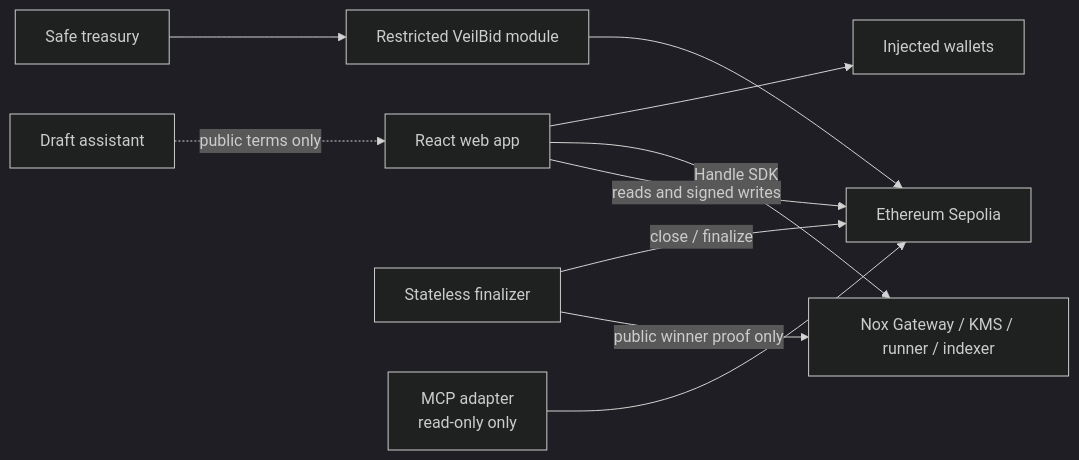
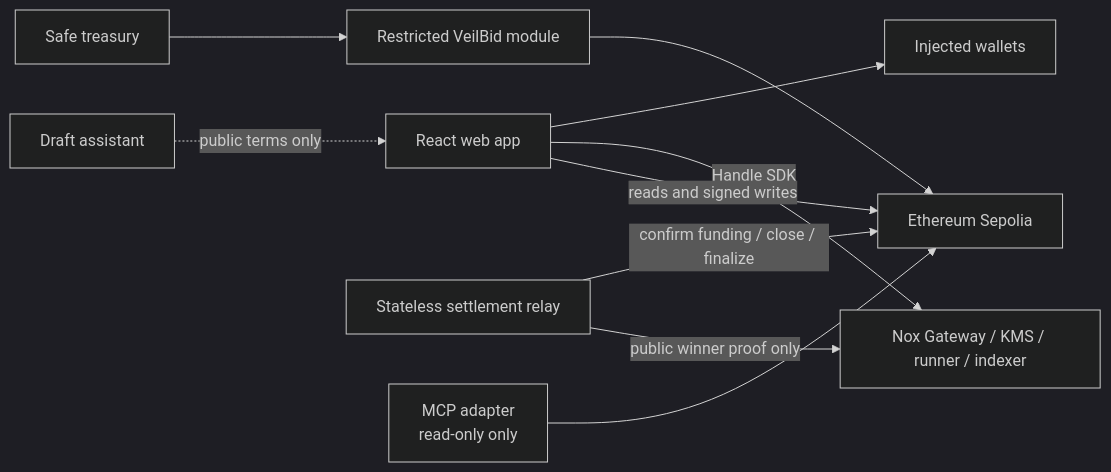
The first of 2 diagrams in docs/architecture.md (huutrungle2001/Veilbid), drawn with Mermaid (dark theme) before and after one commit. The commit also changed other lines of this file and 8 other files, not shown here.

Commit message:
docs: document Safe Buyer and settlement relay

````diff
--- a/docs/architecture.md
+++ b/docs/architecture.md
@@ -20,16 +20,16 @@
 ```mermaid
 flowchart LR
     Web["React web app"] --> Wallet["Injected wallets"]
     Web -->|Handle SDK| NoxServices["Nox Gateway / KMS / runner / indexer"]
     Web -->|reads and signed writes| Chain["Ethereum Sepolia"]
 
     Safe["Safe treasury"] --> Module["Restricted VeilBid module"]
     Module --> Chain
 
-    Finalizer["Stateless finalizer"] -->|close / finalize| Chain
+    Finalizer["Stateless settlement relay"] -->|confirm funding / close / finalize| Chain
     Finalizer -->|public winner proof only| NoxServices
 
     MCP["MCP adapter<br/>read-only only"] --> Chain
 
     Agent["Draft assistant"] -.->|public terms only| Web
 ```
````
